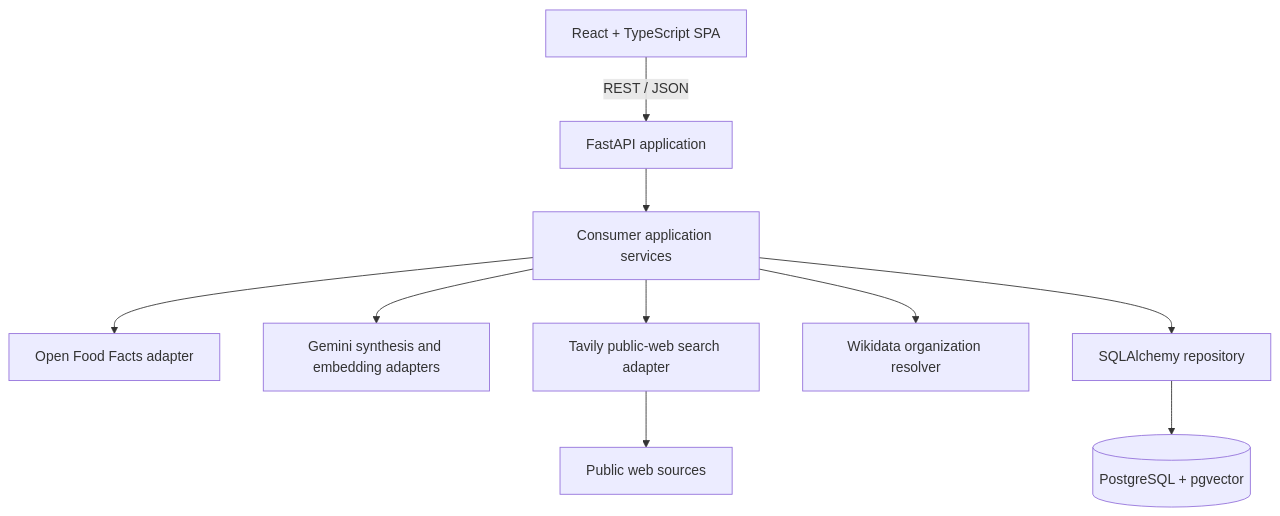
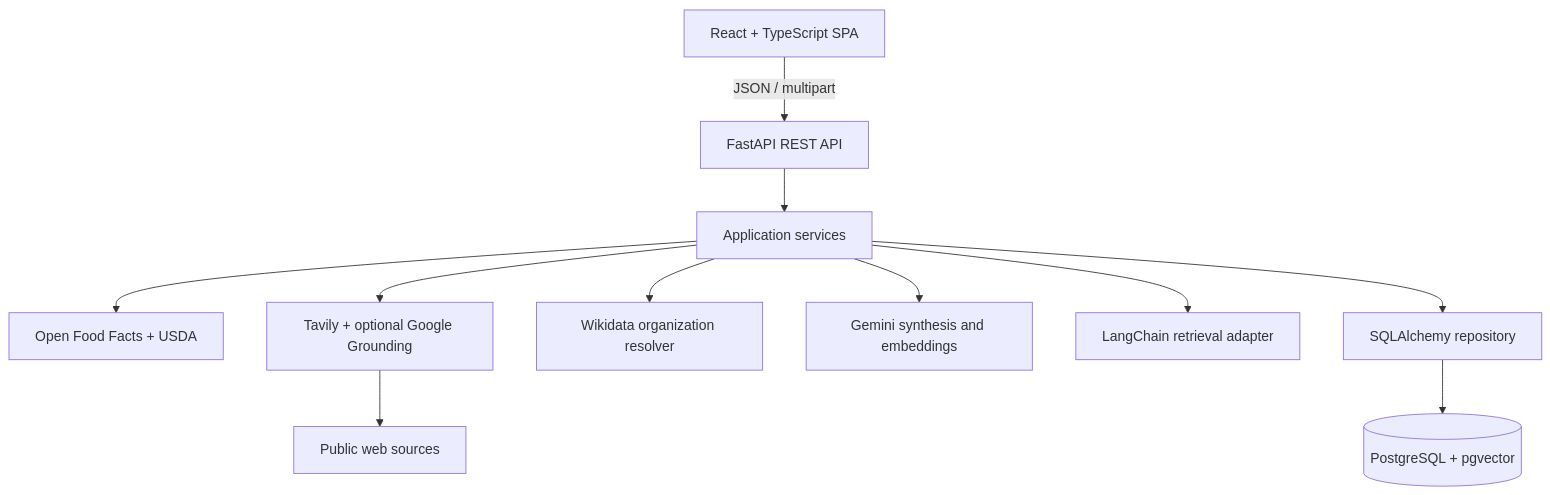
The second of 2 diagrams in README.md (DanNascimento-code/JustSupply), drawn with Mermaid before and after one commit. The commit also changed other lines of this file and 39 other files, not shown here.

````diff
--- a/README.md
+++ b/README.md
@@ -187,22 +222,24 @@
 ```mermaid
 flowchart TB
     UI[React + TypeScript SPA]
-    API[FastAPI application]
-    CATALOG[Open Food Facts adapter]
-    AI[Gemini synthesis and embedding adapters]
-    SEARCH[Tavily public-web search adapter]
+    API[FastAPI REST API]
+    SERVICE[Application services]
+    CATALOG[Open Food Facts + USDA]
+    SEARCH[Tavily + optional Google Grounding]
     ENTITY[Wikidata organization resolver]
-    SERVICE[Consumer application services]
+    AI[Gemini synthesis and embeddings]
+    RAG[LangChain retrieval adapter]
     REPO[SQLAlchemy repository]
     DB[(PostgreSQL + pgvector)]
 
-    UI -->|REST / JSON| API
+    UI -->|JSON / multipart| API
     API --> SERVICE
     SERVICE --> CATALOG
     SERVICE --> SEARCH
     SERVICE --> ENTITY
     SERVICE --> AI
+    SERVICE --> RAG
     SERVICE --> REPO
     REPO --> DB
     SEARCH --> WEB[Public web sources]
 ```
````
